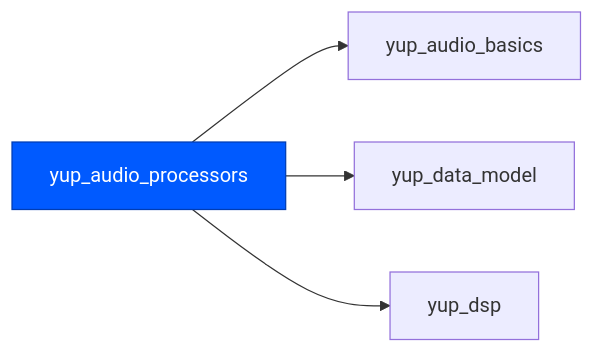
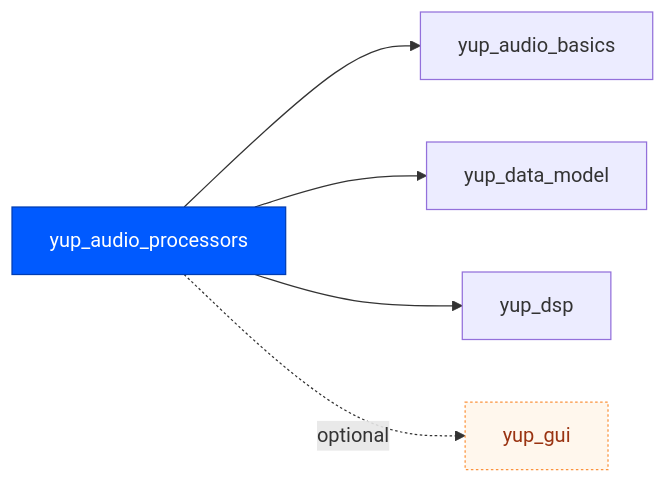
Before and after one commit to kunitoki/yup: diagram 20 of 25 in docs/modules.md, drawn with Mermaid. The commit also changed other lines of this file and 30 other files, not shown here.

````diff
--- a/docs/modules.md
+++ b/docs/modules.md
@@ -397,8 +399,10 @@
 ```mermaid
 flowchart LR
     yup_audio_processors:::self --> yup_audio_basics
     yup_audio_processors --> yup_data_model
     yup_audio_processors --> yup_dsp
+    yup_audio_processors -. optional .-> yup_gui:::opt
     classDef self fill:#005aff,color:#fff,stroke:#003db3;
     classDef ext fill:#f3f4f6,color:#374151,stroke:#9ca3af,stroke-dasharray:4 3;
+    classDef opt fill:#fff7ed,color:#9a3412,stroke:#fb923c,stroke-dasharray:2 2;
 ```
````
